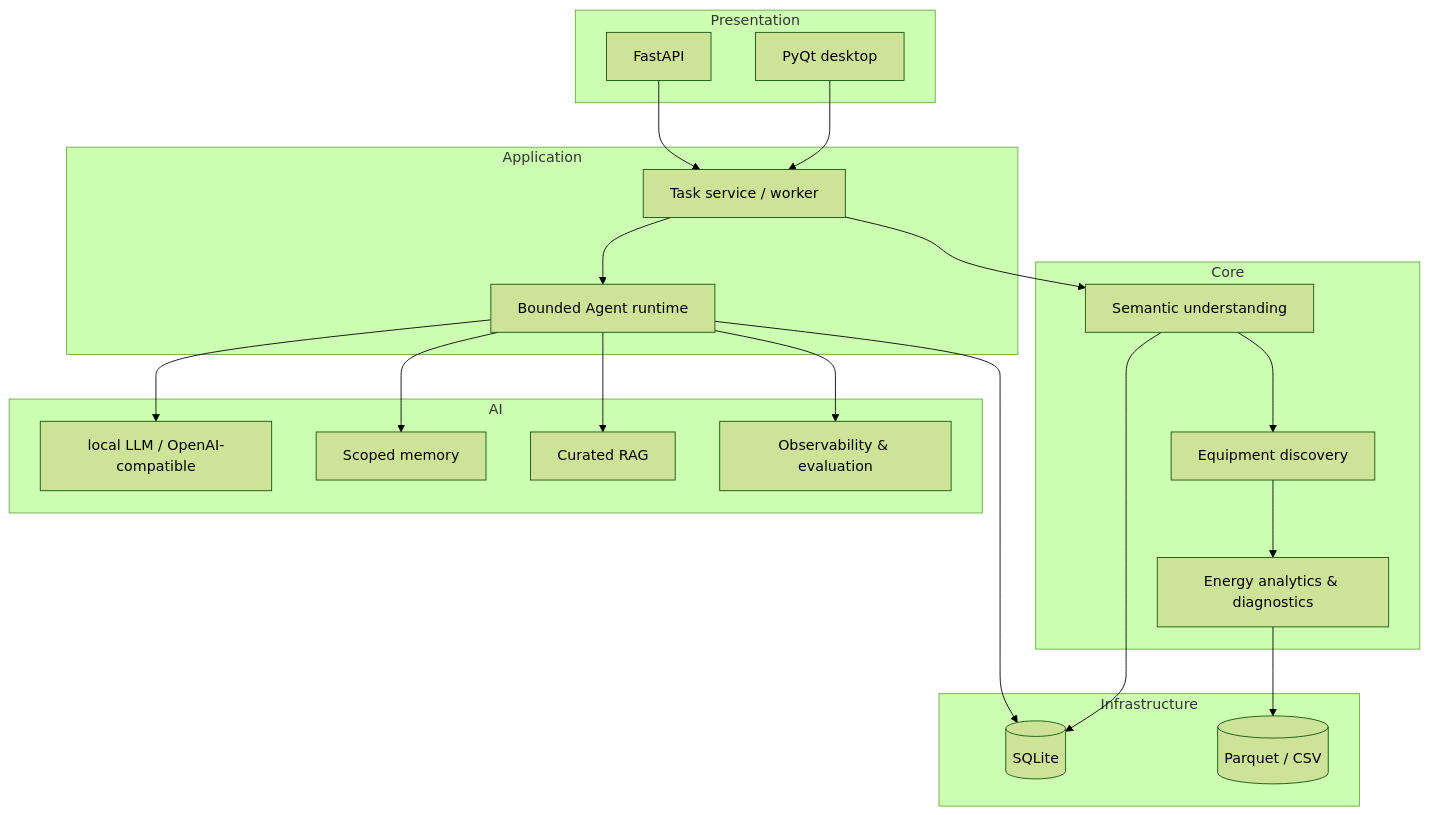
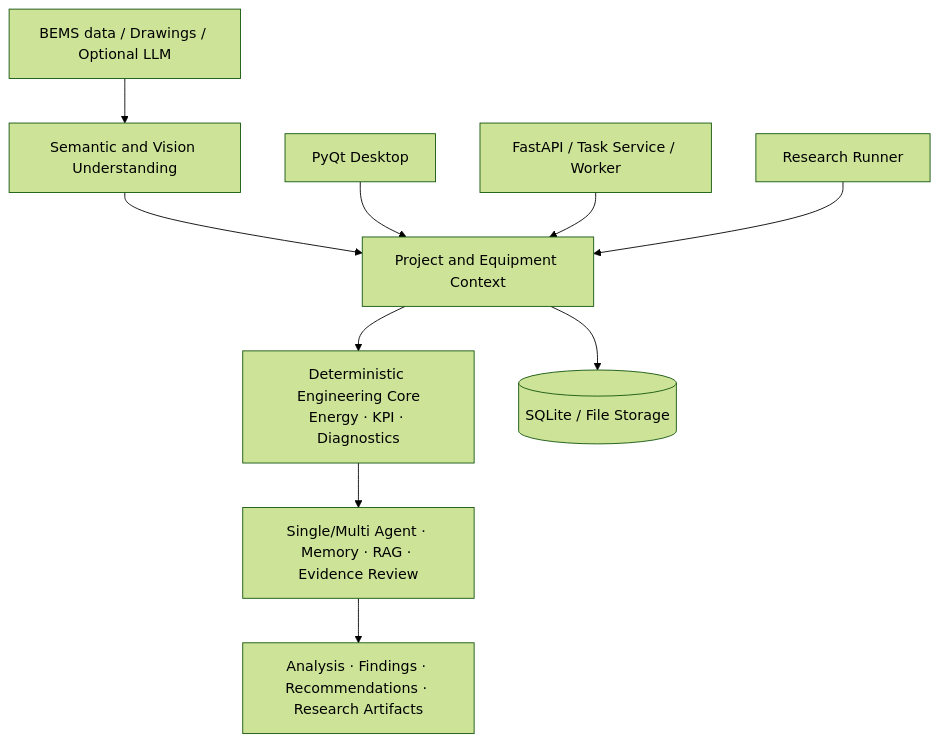
Before and after one commit to KaedeharaT/hvac-ai-analyzer: the third of 3 diagrams in README.md, drawn with Mermaid (forest theme). The commit also changed other lines of this file and 10 other files, not shown here.

````diff
--- a/README.md
+++ b/README.md
@@ -153,37 +164,12 @@
 ```mermaid
 flowchart TB
-    subgraph Presentation
-        UI[PyQt desktop]
-        API[FastAPI]
-    end
-    subgraph Application
-        TASK[Task service / worker]
-        AGENT[Bounded Agent runtime]
-    end
-    subgraph Core
-        SEM[Semantic understanding]
-        EQUIP[Equipment discovery]
-        ANALYTICS[Energy analytics & diagnostics]
-    end
-    subgraph AI
-        LLM[local LLM / OpenAI-compatible]
-        MEM[Scoped memory]
-        RAG[Curated RAG]
-        TRACE[Observability & evaluation]
-    end
-    subgraph Infrastructure
-        DB[(SQLite)]
-        DATA[(Parquet / CSV)]
-    end
-    UI --> TASK
-    API --> TASK
-    TASK --> AGENT
-    TASK --> SEM --> EQUIP --> ANALYTICS
-    AGENT --> LLM
-    AGENT --> MEM
-    AGENT --> RAG
-    AGENT --> TRACE
-    SEM --> DB
-    ANALYTICS --> DATA
-    AGENT --> DB
+    IN[BEMS data / Drawings / Optional LLM] --> U[Semantic and Vision Understanding]
+    U --> EC[Project and Equipment Context]
+    EC --> CORE[Deterministic Engineering Core<br/>Energy · KPI · Diagnostics]
+    CORE --> AI[Single/Multi Agent · Memory · RAG · Evidence Review]
+    AI --> OUT[Analysis · Findings · Recommendations · Research Artifacts]
+    UI[PyQt Desktop] --> EC
+    API[FastAPI / Task Service / Worker] --> EC
+    RES[Research Runner] --> EC
+    EC --> DB[(SQLite / File Storage)]
 ```
````
